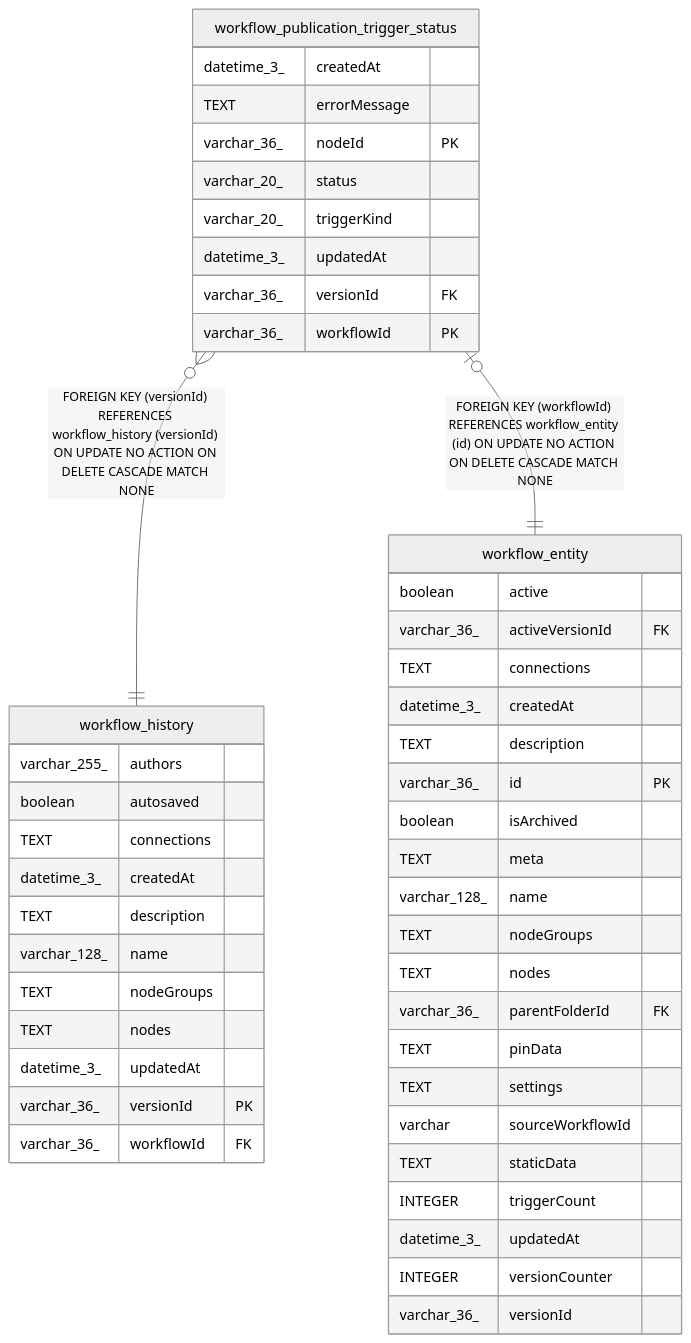
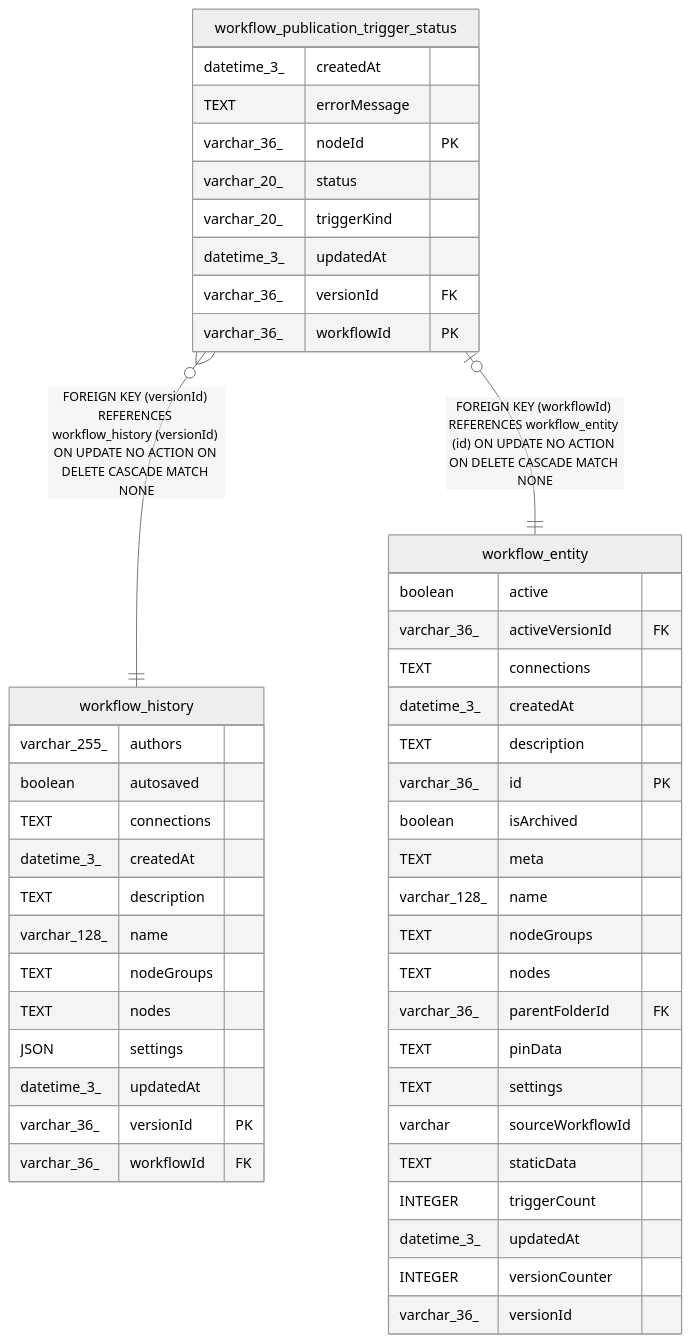
One commit to koreatest12/studys changed the diagram in n8n_integration/n8n_source/docs/generated/sqlite-schema/workflow_publication_trigger_status.md. Above: the diagram before and after it, drawn with Mermaid (neutral theme). The commit also changed 23019 other files, not shown here.

````diff
--- a/n8n_integration/n8n_source/docs/generated/sqlite-schema/workflow_publication_trigger_status.md
+++ b/n8n_integration/n8n_source/docs/generated/sqlite-schema/workflow_publication_trigger_status.md
@@ -47,52 +47,53 @@
 ```mermaid
 erDiagram
 
 "workflow_publication_trigger_status" }o--|| "workflow_history" : "FOREIGN KEY (versionId) REFERENCES workflow_history (versionId) ON UPDATE NO ACTION ON DELETE CASCADE MATCH NONE"
 "workflow_publication_trigger_status" |o--|| "workflow_entity" : "FOREIGN KEY (workflowId) REFERENCES workflow_entity (id) ON UPDATE NO ACTION ON DELETE CASCADE MATCH NONE"
 
 "workflow_publication_trigger_status" {
   datetime_3_ createdAt
   TEXT errorMessage
   varchar_36_ nodeId PK
   varchar_20_ status
   varchar_20_ triggerKind
   datetime_3_ updatedAt
   varchar_36_ versionId FK
   varchar_36_ workflowId PK
 }
 "workflow_history" {
   varchar_255_ authors
   boolean autosaved
   TEXT connections
   datetime_3_ createdAt
   TEXT description
   varchar_128_ name
   TEXT nodeGroups
   TEXT nodes
+  JSON settings
   datetime_3_ updatedAt
   varchar_36_ versionId PK
   varchar_36_ workflowId FK
 }
 "workflow_entity" {
   boolean active
   varchar_36_ activeVersionId FK
   TEXT connections
   datetime_3_ createdAt
   TEXT description
   varchar_36_ id PK
   boolean isArchived
   TEXT meta
   varchar_128_ name
   TEXT nodeGroups
   TEXT nodes
   varchar_36_ parentFolderId FK
   TEXT pinData
   TEXT settings
   varchar sourceWorkflowId
   TEXT staticData
   INTEGER triggerCount
   datetime_3_ updatedAt
   INTEGER versionCounter
   varchar_36_ versionId
 }
 ```
````
